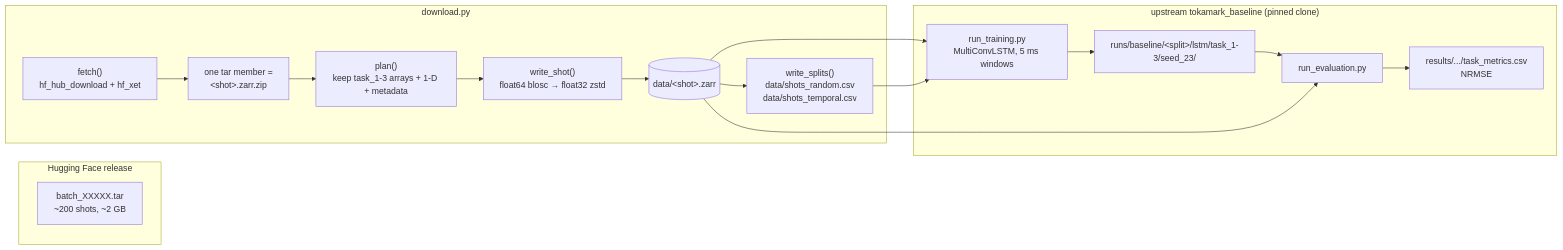
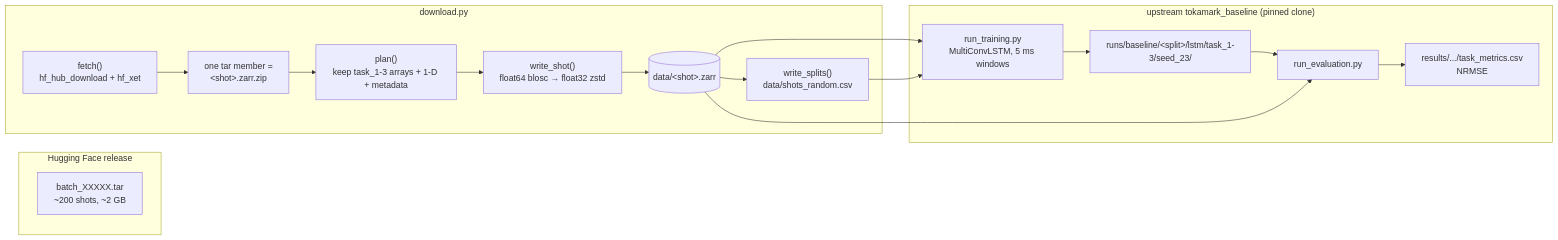
The first of 2 diagrams in ARCHITECTURE.md (Nishanth1812/DL_EndSem_Project), drawn with Mermaid before and after one commit. The commit also changed other lines of this file and 9 other files, not shown here.

````diff
--- a/ARCHITECTURE.md
+++ b/ARCHITECTURE.md
@@ -39,24 +39,24 @@
 ```mermaid
 flowchart LR
     subgraph Hub["Hugging Face release"]
         T["batch_XXXXX.tar<br/>~200 shots, ~2 GB"]
     end
 
     subgraph DL["download.py"]
         A["fetch()<br/>hf_hub_download + hf_xet"] --> B["one tar member =<br/>&lt;shot&gt;.zarr.zip"]
         B --> C["plan()<br/>keep task_1-3 arrays + 1-D + metadata"]
         C --> D["write_shot()<br/>float64 blosc → float32 zstd"]
         D --> E[("data/&lt;shot&gt;.zarr")]
-        E --> F["write_splits()<br/>data/shots_random.csv<br/>data/shots_temporal.csv"]
+        E --> F["write_splits()<br/>data/shots_random.csv"]
     end
 
     subgraph TR["upstream tokamark_baseline (pinned clone)"]
         G["run_training.py<br/>MultiConvLSTM, 5 ms windows"] --> H["runs/baseline/&lt;split&gt;/lstm/task_1-3/seed_23/"]
         I["run_evaluation.py"] --> J["results/.../task_metrics.csv<br/>NRMSE"]
     end
 
     E --> G
     F --> G
     H --> I
     E --> I
 ```
````
